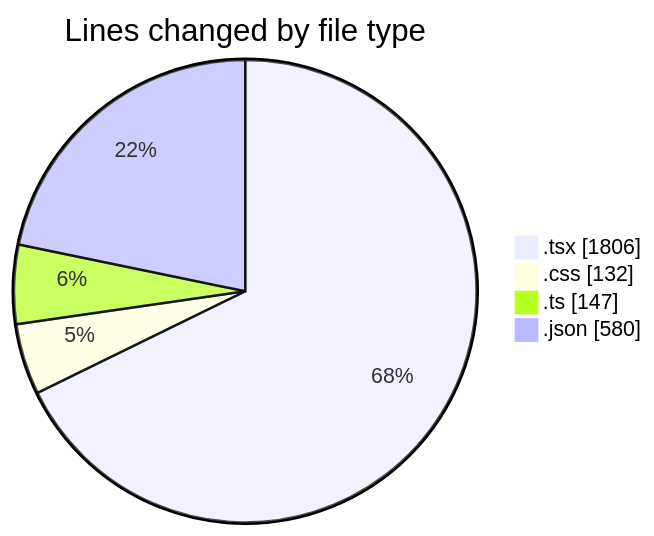
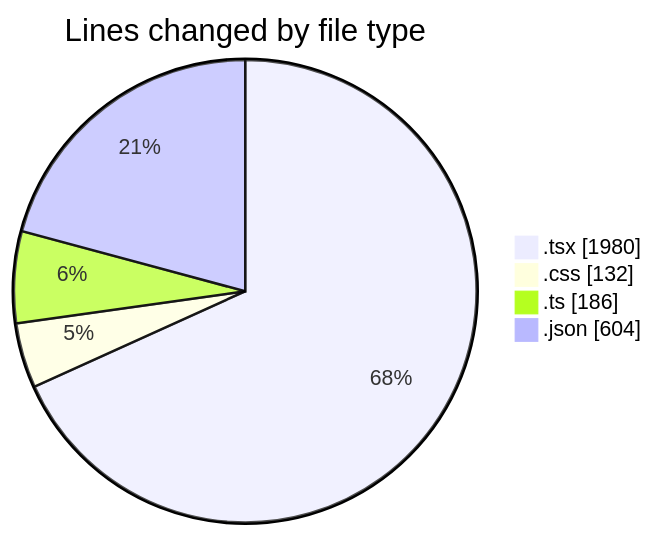
One commit to Elitesun/code-tracking changed the first of 2 diagrams in 2025-05-06/niten/README.md. Above: the diagram before and after it, drawn with Mermaid. The commit also changed other lines of this file and 1 other file, not shown here.

````diff
--- a/2025-05-06/niten/README.md
+++ b/2025-05-06/niten/README.md
@@ -50,8 +53,8 @@
 ```mermaid
 pie showData
 title Lines changed by file type
-".tsx" : 1806
+".tsx" : 1980
 ".css" : 132
-".ts" : 147
-".json" : 580
+".ts" : 186
+".json" : 604
 ```
````
